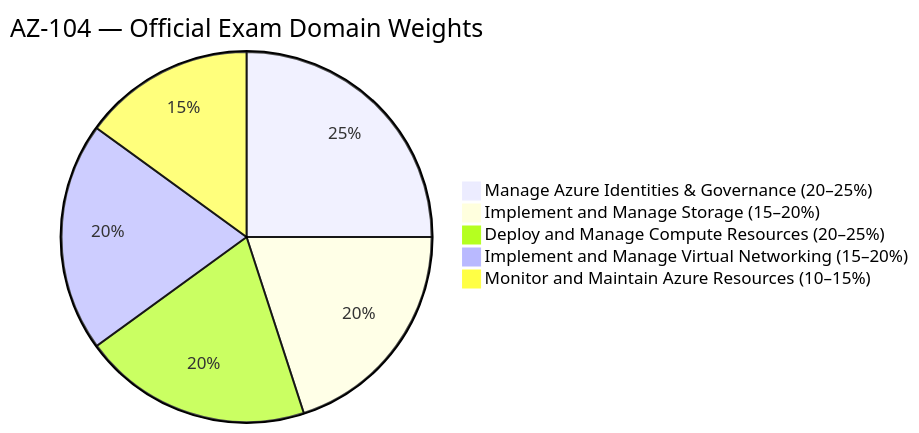
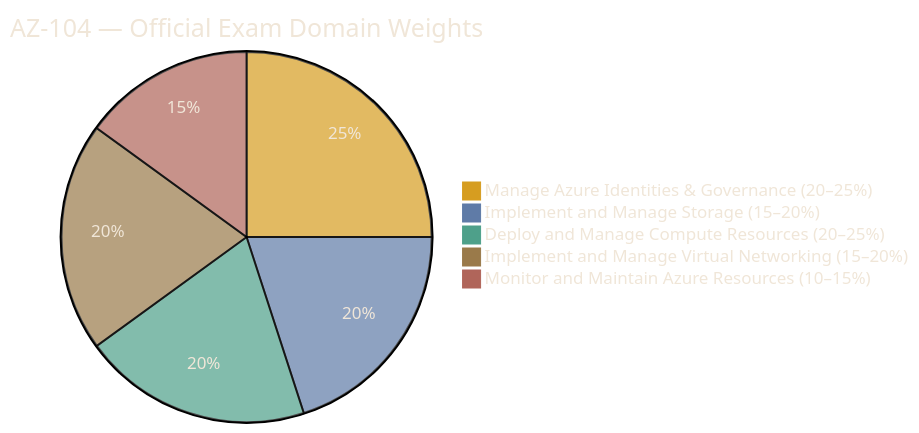
Before and after one commit to marcogrimaldi29/az-104-study-notes: the first of 2 diagrams in index.md, drawn with Mermaid.

Commit message:
Improved readability of Mermaid pie chart

````diff
--- a/index.md
+++ b/index.md
@@ -42,8 +42,19 @@
 ```mermaid
+%%{init: {"theme":"base","themeVariables":{
+    "textColor":"#f0e6d8",
+    "primaryColor":"#f0e6d8",
+    "lineColor":"#f0e6d8",
+    "background":"#382817",
+    "pie1":"#d69d20",
+    "pie2":"#5f7ba7",
+    "pie3":"#4ea08a",
+    "pie4":"#9a7a4a",
+    "pie5":"#b0655a"
+}}}%%
 pie title AZ-104 — Official Exam Domain Weights
     "Manage Azure Identities & Governance (20–25%)" : 25
     "Implement and Manage Storage (15–20%)" : 20
     "Deploy and Manage Compute Resources (20–25%)" : 20
     "Implement and Manage Virtual Networking (15–20%)" : 20
     "Monitor and Maintain Azure Resources (10–15%)" : 15
 ```
````
